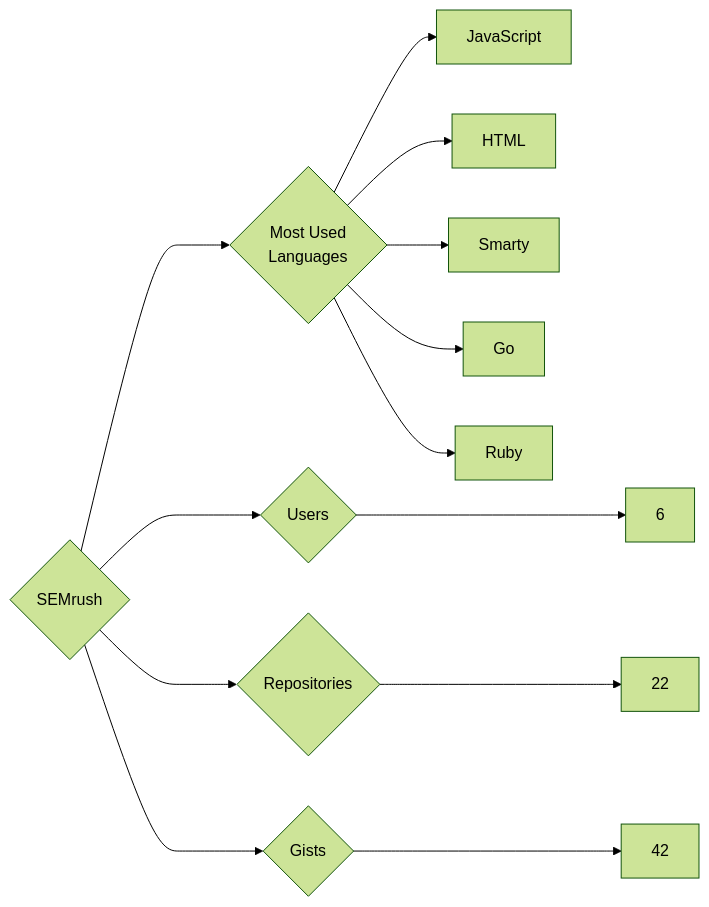
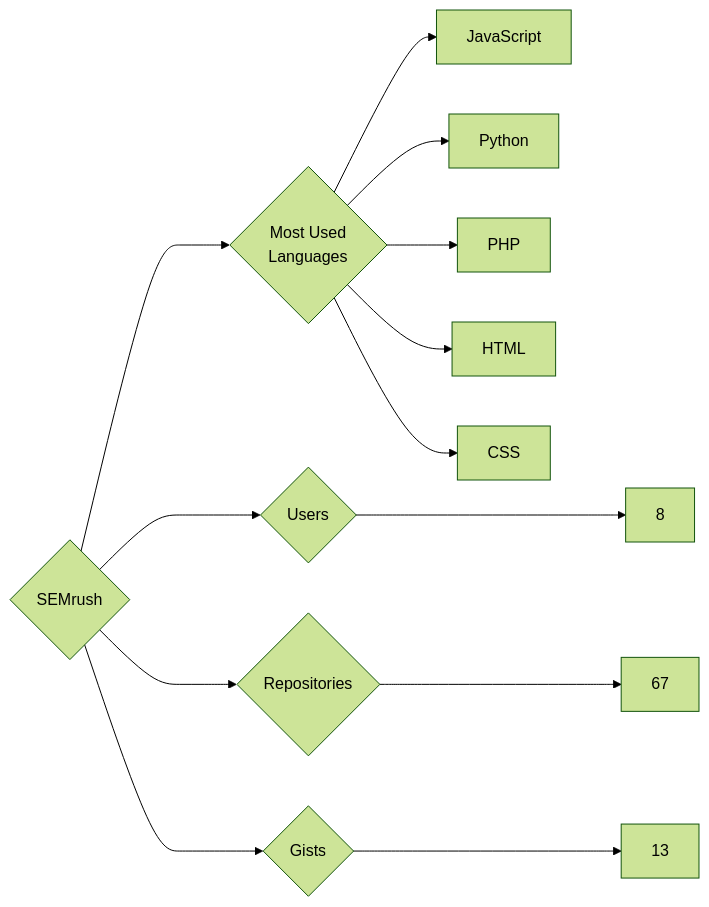
One commit to trickest/insiders changed the diagram in targets/SEMrush/README.md. Above: the diagram before and after it, drawn with Mermaid (forest theme). The commit also changed 1484 other files, not shown here.

````diff
--- a/targets/SEMrush/README.md
+++ b/targets/SEMrush/README.md
@@ -3,13 +3,13 @@
 ```mermaid
 graph LR
 COMPANY_NAME{SEMrush}
-COMPANY_NAME ---> U{Users} ---> UN[6]
-COMPANY_NAME ---> R{Repositories} ---> RN[22]
-COMPANY_NAME ---> G{Gists} ---> GN[42]
+COMPANY_NAME ---> U{Users} ---> UN[8]
+COMPANY_NAME ---> R{Repositories} ---> RN[67]
+COMPANY_NAME ---> G{Gists} ---> GN[13]
 COMPANY_NAME ---> ML{Most Used<br>Languages}
 ML --> JavaScript[JavaScript]
+ML --> Python[Python]
+ML --> PHP[PHP]
 ML --> HTML[HTML]
-ML --> Smarty[Smarty]
-ML --> Go[Go]
-ML --> Ruby[Ruby]
+ML --> CSS[CSS]
 ```
````
